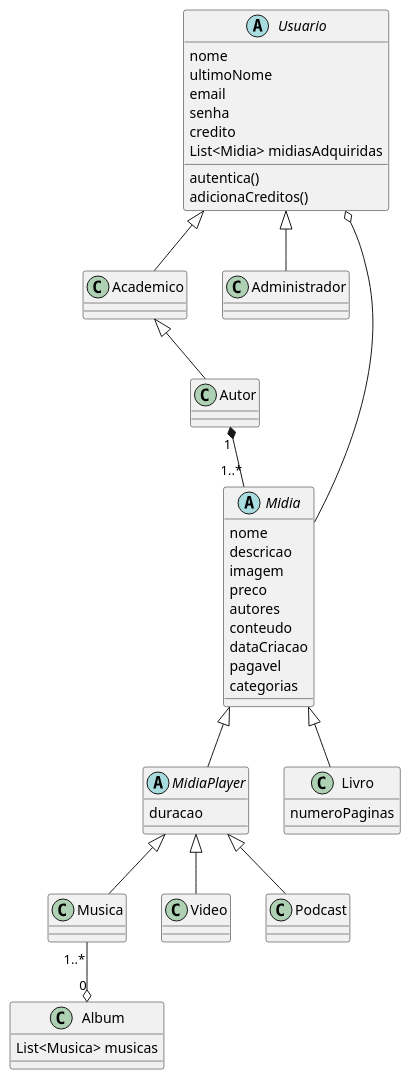
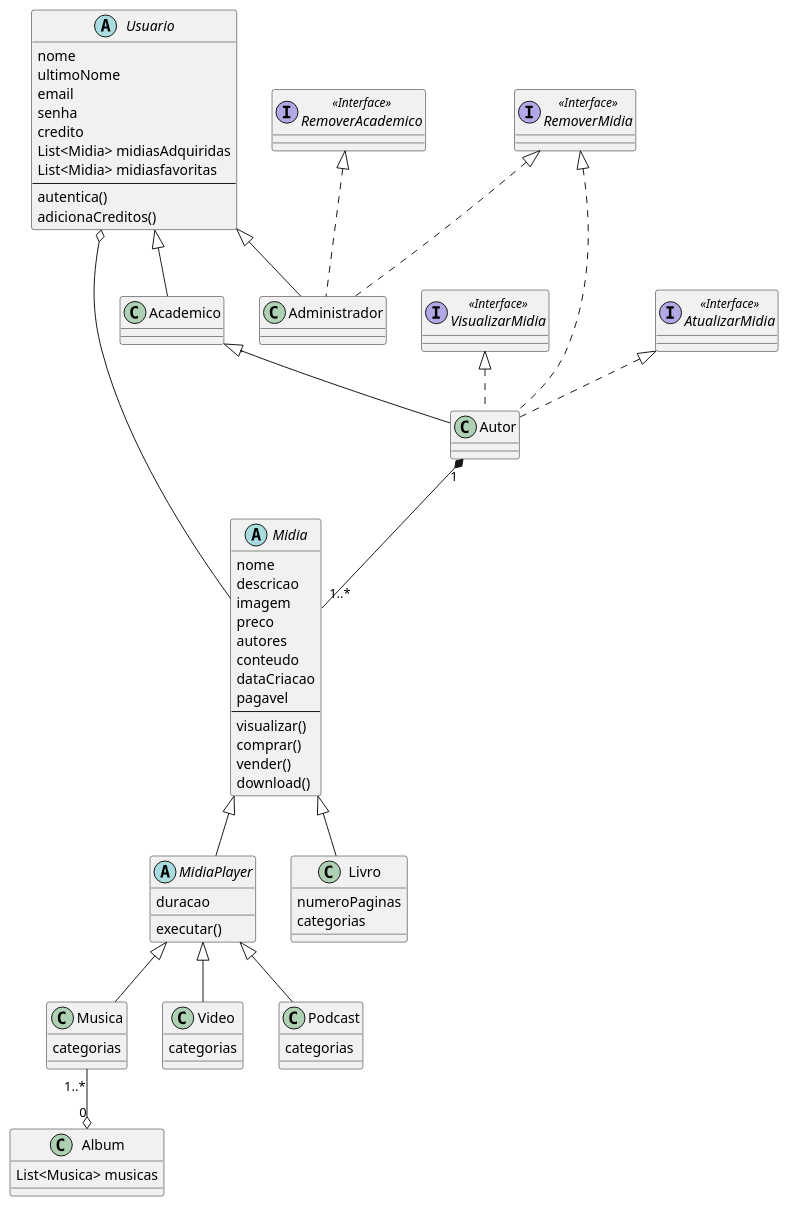
The diagram in class-diagram/class-diagram.iuml (arielazzi/desenvolvimento-de-software-I), drawn with PlantUML before and after one commit. The commit also changed 1 other file, not shown here.

```diff
--- a/class-diagram/class-diagram.iuml
+++ b/class-diagram/class-diagram.iuml
@@ -1,89 +1,113 @@
 @startuml class
-
 /'
 enum TipoUsuario {
   academico
   administrador
 }
 
 enum TipoMidia {
   musica
   livro
   video
   podcast
 }
 '/
 
 
 abstract class Usuario {
   nome
   ultimoNome
   email
   senha
   credito
   List<Midia> midiasAdquiridas
+  List<Midia> midiasfavoritas
+  ---
   autentica()
   adicionaCreditos()
 }
 
 class Academico {}
 
 class Administrador {}
 /'
 class Dashboard {
   String nome
 }
 '/
 class Album {
   List<Musica> musicas
 }
 /'
 interface something <<Interface>> {
 
 }
 '/
 
 abstract class Midia {
   nome
   descricao
   imagem
   preco
   autores
   conteudo
   dataCriacao
   pagavel
-  categorias
+  ---
+  visualizar()
+  comprar()
+  vender()
+  download() 
 }
 
 abstract class MidiaPlayer {
   duracao
+  executar()
 }
 
 class Livro {
   numeroPaginas
+  categorias
 }
 
-class Musica {}
+class Musica {
+  categorias
+}
 
-class Video {}
+class Video {
+  categorias
+}
 
-class Podcast {}
+class Podcast {
+  categorias
+}
 
 Autor "1" *-- "1..*" Midia
 
 Usuario o-- Midia
 
 Usuario <|-- Academico
 Academico <|-- Autor
 Usuario <|-- Administrador
 
 Midia <|-- Livro
 Midia <|-- MidiaPlayer
 MidiaPlayer <|-- Musica
 MidiaPlayer <|-- Video
 MidiaPlayer <|-- Podcast
 
 Musica "1..*" --o "0" Album
 
+interface VisualizarMidia <<Interface>> 
+interface RemoverMidia <<Interface>> 
+interface RemoverAcademico <<Interface>> 
+interface AtualizarMidia <<Interface>> 
+
+VisualizarMidia <|.. Autor
+RemoverMidia <|.. Autor
+RemoverMidia <|.. Administrador
+RemoverAcademico <|.. Administrador
+AtualizarMidia <|.. Autor
+
 
 @enduml
```
